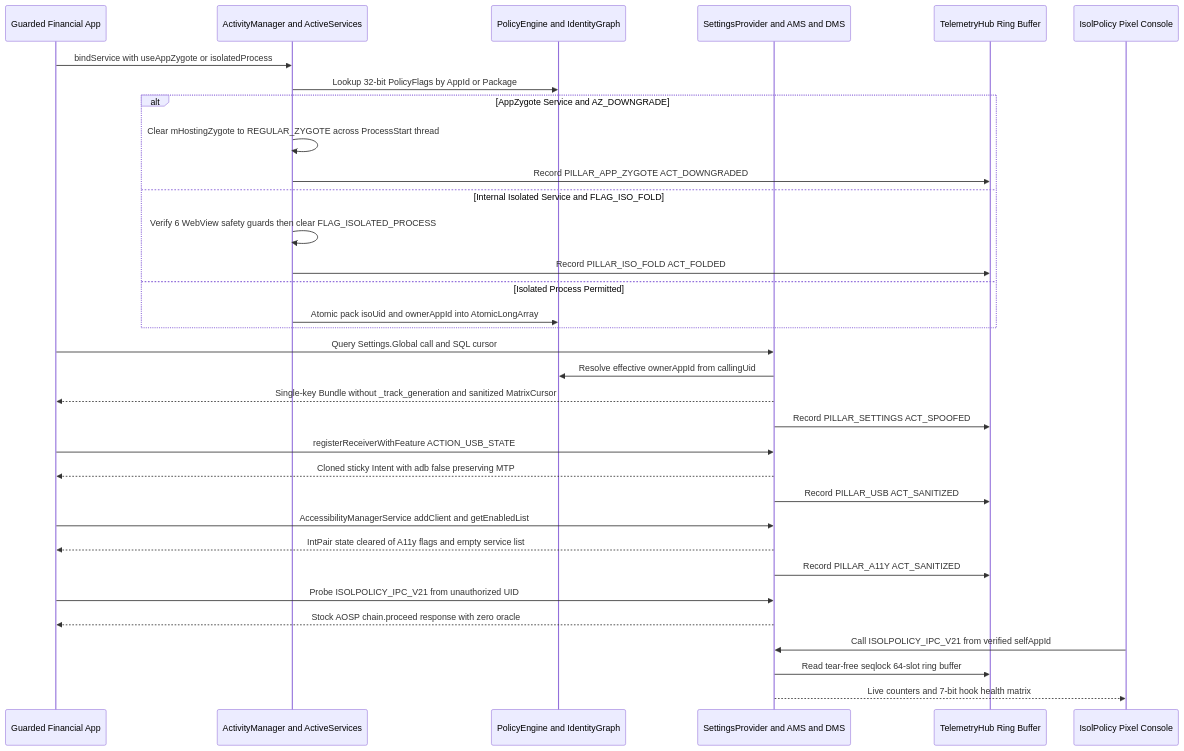
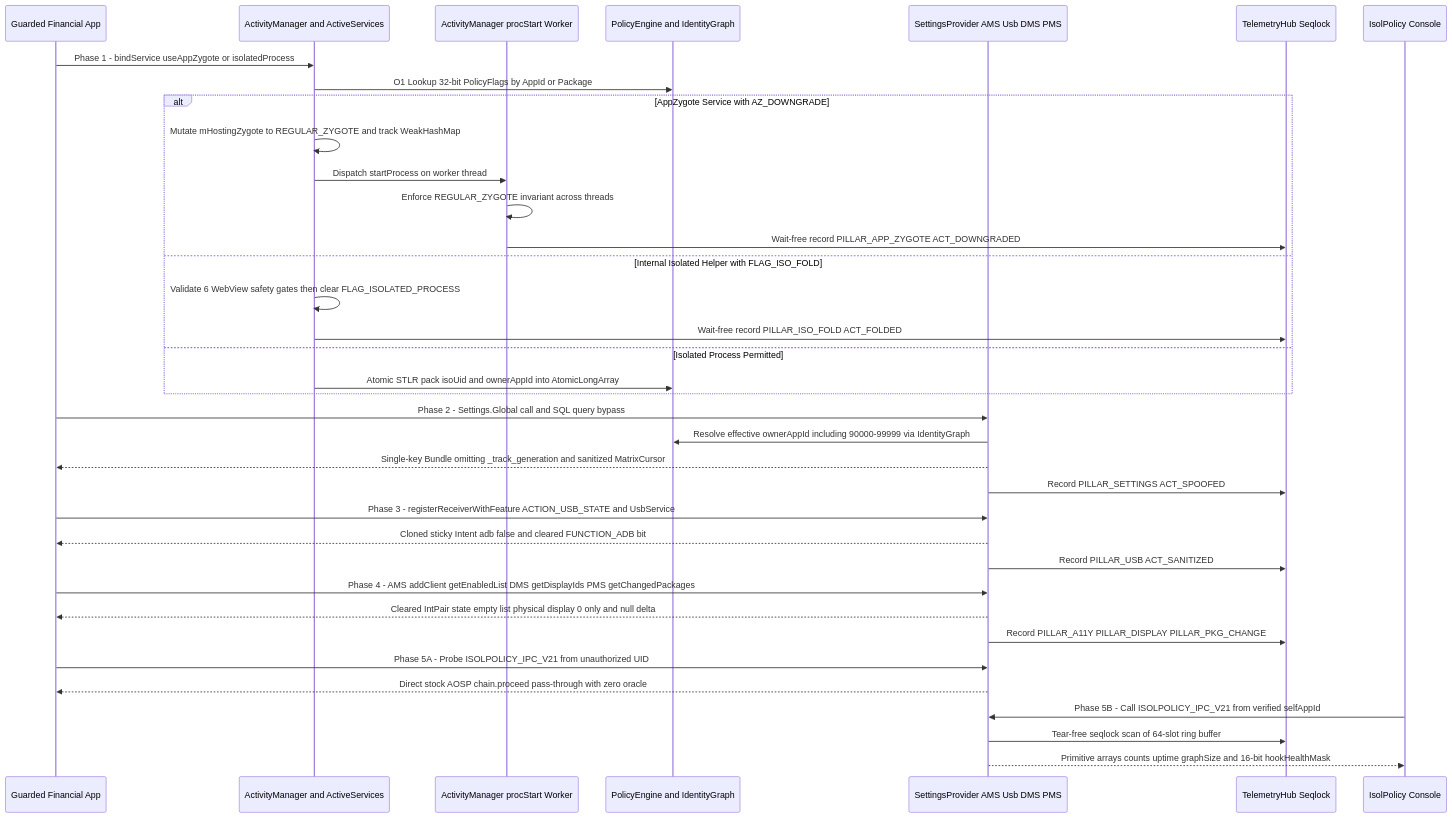
The second of 6 diagrams in README.md (taro902/IsolPolicy-Pro), drawn with Mermaid before and after one commit. The commit also changed other lines of this file and 2 other files, not shown here.

Commit message:
docs: rebuild architectural monograph README with 6 Mermaid diagrams, bitfield specs, 14 languages, and verified MathJax

```diff
--- a/README.md
+++ b/README.md
@@ -152,41 +241,44 @@
 ~~~mermaid
 sequenceDiagram
     participant App as Guarded Financial App
     participant AM as ActivityManager and ActiveServices
-    participant Graph as PolicyEngine and IdentityGraph
-    participant SP as SettingsProvider and AMS and DMS
-    participant Hub as TelemetryHub Ring Buffer
-    participant UI as IsolPolicy Pixel Console
+    participant ProcT as ActivityManager procStart Worker
+    participant Eng as PolicyEngine and IdentityGraph
+    participant Svc as SettingsProvider AMS Usb DMS PMS
+    participant Hub as TelemetryHub Seqlock
+    participant UI as IsolPolicy Console
 
-    App->>AM: bindService with useAppZygote or isolatedProcess
-    AM->>Graph: Lookup 32-bit PolicyFlags by AppId or Package
-    alt AppZygote Service and AZ_DOWNGRADE
-        AM->>AM: Clear mHostingZygote to REGULAR_ZYGOTE across ProcessStart thread
-        AM->>Hub: Record PILLAR_APP_ZYGOTE ACT_DOWNGRADED
-    else Internal Isolated Service and FLAG_ISO_FOLD
-        AM->>AM: Verify 6 WebView safety guards then clear FLAG_ISOLATED_PROCESS
-        AM->>Hub: Record PILLAR_ISO_FOLD ACT_FOLDED
+    App->>AM: Phase 1 - bindService useAppZygote or isolatedProcess
+    AM->>Eng: O1 Lookup 32-bit PolicyFlags by AppId or Package
+    alt AppZygote Service with AZ_DOWNGRADE
+        AM->>AM: Mutate mHostingZygote to REGULAR_ZYGOTE and track WeakHashMap
+        AM->>ProcT: Dispatch startProcess on worker thread
+        ProcT->>ProcT: Enforce REGULAR_ZYGOTE invariant across threads
+        ProcT->>Hub: Wait-free record PILLAR_APP_ZYGOTE ACT_DOWNGRADED
+    else Internal Isolated Helper with FLAG_ISO_FOLD
+        AM->>AM: Validate 6 WebView safety gates then clear FLAG_ISOLATED_PROCESS
+        AM->>Hub: Wait-free record PILLAR_ISO_FOLD ACT_FOLDED
     else Isolated Process Permitted
-        AM->>Graph: Atomic pack isoUid and ownerAppId into AtomicLongArray
+        AM->>Eng: Atomic STLR pack isoUid and ownerAppId into AtomicLongArray
     end
 
-    App->>SP: Query Settings.Global call and SQL cursor
-    SP->>Graph: Resolve effective ownerAppId from callingUid
-    SP-->>App: Single-key Bundle without _track_generation and sanitized MatrixCursor
-    SP->>Hub: Record PILLAR_SETTINGS ACT_SPOOFED
+    App->>Svc: Phase 2 - Settings.Global call and SQL query bypass
+    Svc->>Eng: Resolve effective ownerAppId including 90000-99999 via IdentityGraph
+    Svc-->>App: Single-key Bundle omitting _track_generation and sanitized MatrixCursor
+    Svc->>Hub: Record PILLAR_SETTINGS ACT_SPOOFED
 
-    App->>SP: registerReceiverWithFeature ACTION_USB_STATE
-    SP-->>App: Cloned sticky Intent with adb false preserving MTP
-    SP->>Hub: Record PILLAR_USB ACT_SANITIZED
+    App->>Svc: Phase 3 - registerReceiverWithFeature ACTION_USB_STATE and UsbService
+    Svc-->>App: Cloned sticky Intent adb false and cleared FUNCTION_ADB bit
+    Svc->>Hub: Record PILLAR_USB ACT_SANITIZED
 
-    App->>SP: AccessibilityManagerService addClient and getEnabledList
-    SP-->>App: IntPair state cleared of A11y flags and empty service list
-    SP->>Hub: Record PILLAR_A11Y ACT_SANITIZED
+    App->>Svc: Phase 4 - AMS addClient getEnabledList DMS getDisplayIds PMS getChangedPackages
+    Svc-->>App: Cleared IntPair state empty list physical display 0 only and null delta
+    Svc->>Hub: Record PILLAR_A11Y PILLAR_DISPLAY PILLAR_PKG_CHANGE
 
-    App->>SP: Probe ISOLPOLICY_IPC_V21 from unauthorized UID
-    SP-->>App: Stock AOSP chain.proceed response with zero oracle
+    App->>Svc: Phase 5A - Probe ISOLPOLICY_IPC_V21 from unauthorized UID
+    Svc-->>App: Direct stock AOSP chain.proceed pass-through with zero oracle
 
-    UI->>SP: Call ISOLPOLICY_IPC_V21 from verified selfAppId
-    SP->>Hub: Read tear-free seqlock 64-slot ring buffer
-    SP-->>UI: Live counters and 7-bit hook health matrix
+    UI->>Svc: Phase 5B - Call ISOLPOLICY_IPC_V21 from verified selfAppId
+    Svc->>Hub: Tear-free seqlock scan of 64-slot ring buffer
+    Svc-->>UI: Primitive arrays counts uptime graphSize and 16-bit hookHealthMask
 ~~~
```
